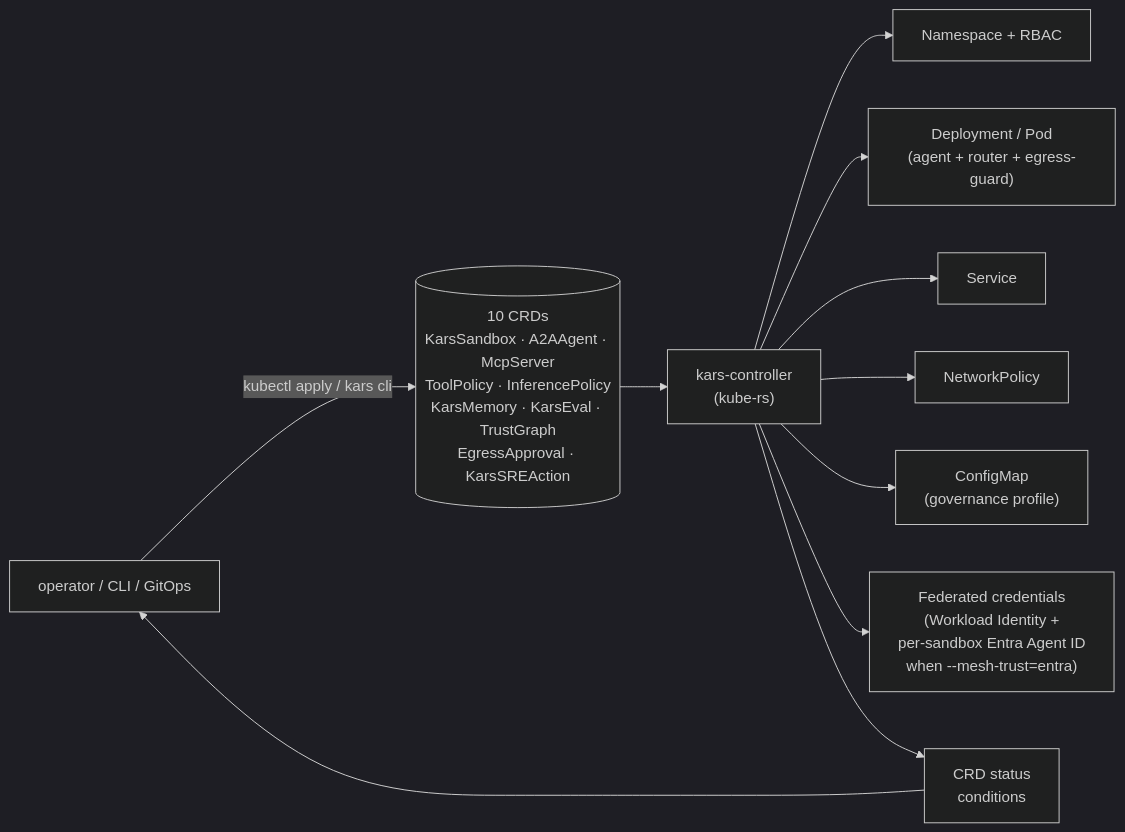
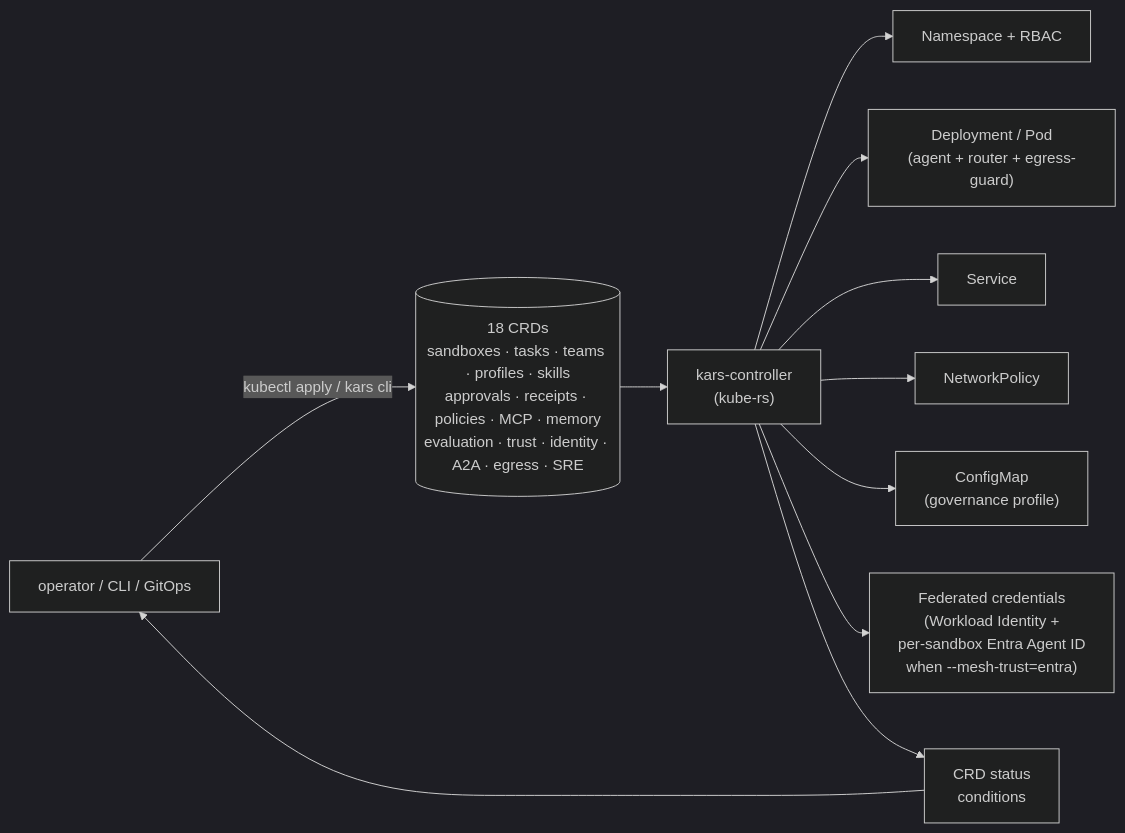
The sixth of 9 diagrams in docs/architecture-diagrams.md (Azure/kars), drawn with Mermaid (dark theme) before and after one commit. The commit also changed other lines of this file and 29 other files, not shown here.

````diff
--- a/docs/architecture-diagrams.md
+++ b/docs/architecture-diagrams.md
@@ -225,18 +225,18 @@
 ```mermaid
 flowchart LR
   User["operator / CLI / GitOps"]
-  CRD[("10 CRDs<br/>KarsSandbox · A2AAgent · McpServer<br/>ToolPolicy · InferencePolicy<br/>KarsMemory · KarsEval · TrustGraph<br/>EgressApproval · KarsSREAction")]
+  CRD[("18 CRDs<br/>sandboxes · tasks · teams · profiles · skills<br/>approvals · receipts · policies · MCP · memory<br/>evaluation · trust · identity · A2A · egress · SRE")]
   Ctrl["kars-controller<br/>(kube-rs)"]
 
   User -->|kubectl apply / kars cli| CRD
   CRD --> Ctrl
   Ctrl --> NS["Namespace + RBAC"]
   Ctrl --> Dep["Deployment / Pod<br/>(agent + router + egress-guard)"]
   Ctrl --> Svc["Service"]
   Ctrl --> NP["NetworkPolicy"]
   Ctrl --> CM["ConfigMap<br/>(governance profile)"]
   Ctrl --> FedCred["Federated credentials<br/>(Workload Identity +<br/>per-sandbox Entra Agent ID<br/>when --mesh-trust=entra)"]
   Ctrl --> Status["CRD status<br/>conditions"]
 
   Status --> User
 ```
````
